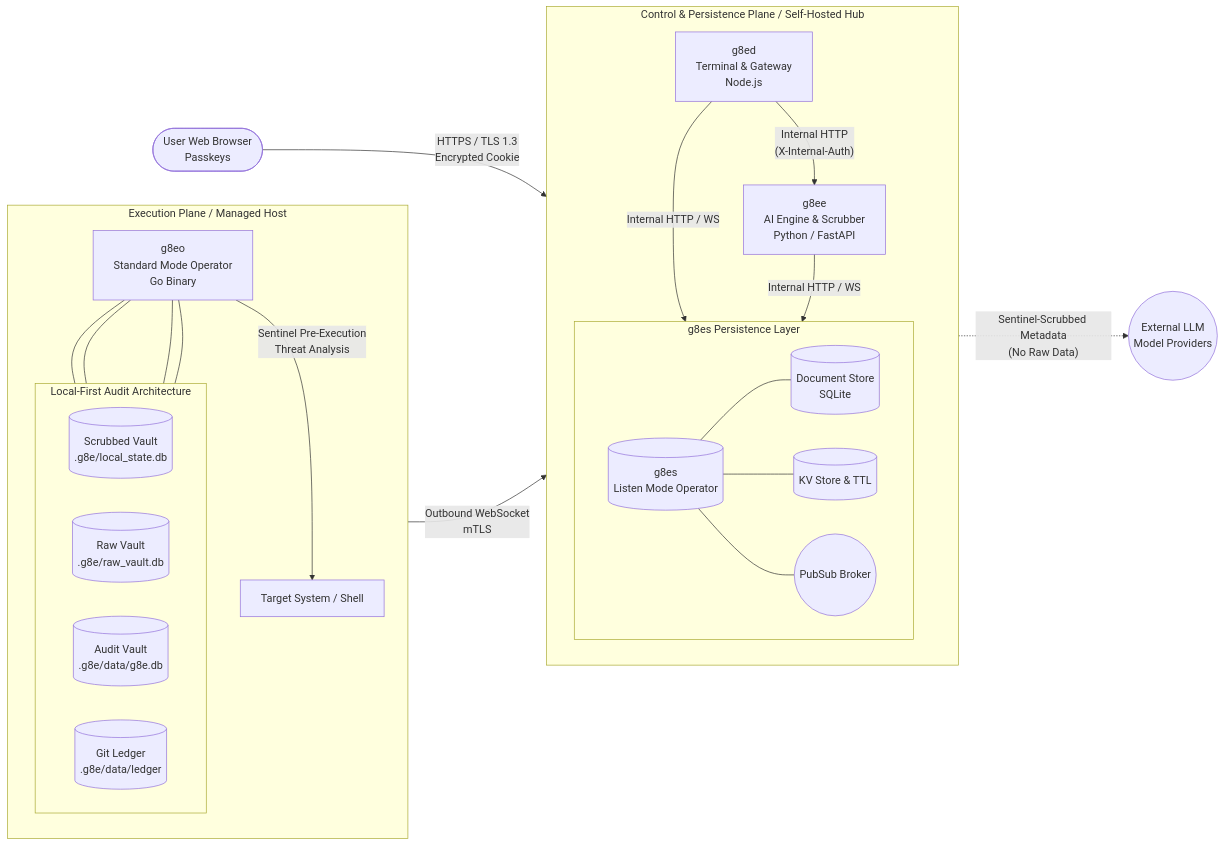
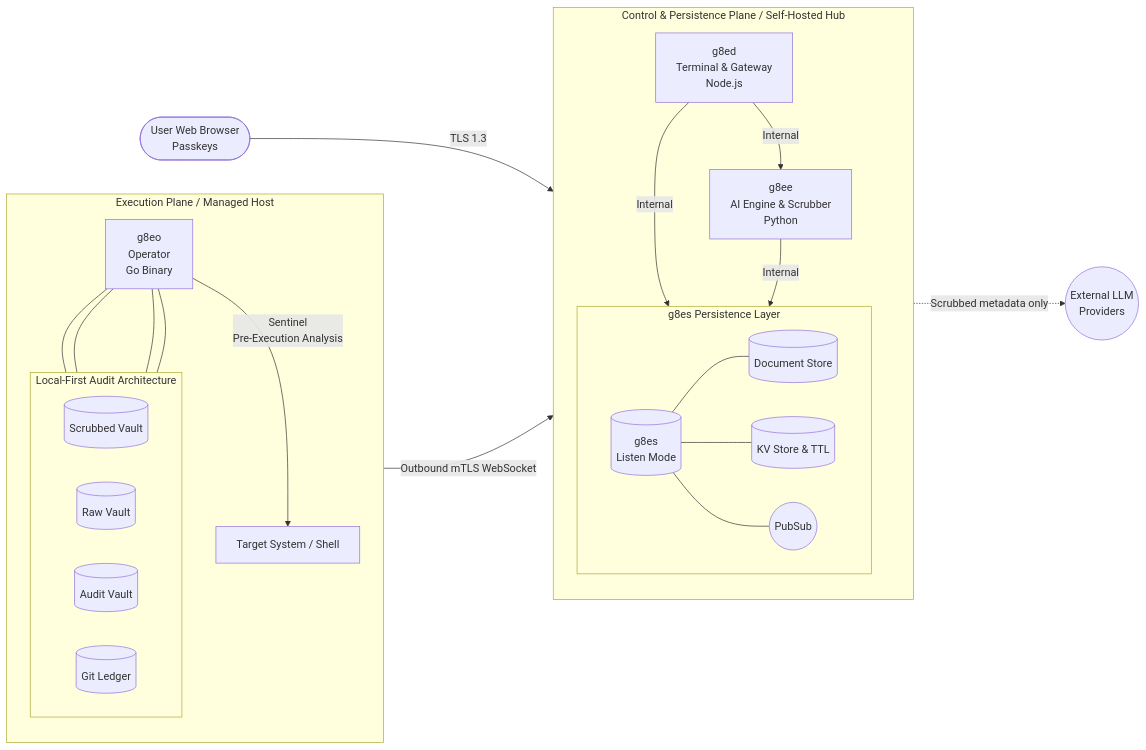
The second of 2 diagrams in README.md (g8e-ai/g8e), drawn with Mermaid before and after one commit. The commit also changed other lines of this file and 56 other files, not shown here.

````diff
--- a/README.md
+++ b/README.md
@@ -189,51 +103,48 @@
 ```mermaid
 flowchart LR
     Browser([User Web Browser<br>Passkeys])
 
     subgraph Exec_Plane [Execution Plane / Managed Host]
         direction TB
-        g8eo[g8eo<br>Standard Mode Operator<br>Go Binary]
-        
+        g8eo[g8eo<br>Operator<br>Go Binary]
+
         HostOS[Target System / Shell]
-        g8eo -- "Sentinel Pre-Execution<br>Threat Analysis" --> HostOS
+        g8eo -- "Sentinel<br>Pre-Execution Analysis" --> HostOS
 
         subgraph LFAA [Local-First Audit Architecture]
             direction LR
-            Scrubbed[(Scrubbed Vault<br>.g8e/local_state.db)]
-            Raw[(Raw Vault<br>.g8e/raw_vault.db)]
-            Audit[(Audit Vault<br>.g8e/data/g8e.db)]
-            Ledger[(Git Ledger<br>.g8e/data/ledger)]
+            Scrubbed[(Scrubbed Vault)]
+            Raw[(Raw Vault)]
+            Audit[(Audit Vault)]
+            Ledger[(Git Ledger)]
         end
-        
+
         g8eo --- Scrubbed & Raw & Audit & Ledger
     end
 
     subgraph Hub [Control & Persistence Plane / Self-Hosted Hub]
         direction TB
         g8ed[g8ed<br>Terminal & Gateway<br>Node.js]
-        g8ee[g8ee<br>AI Engine & Scrubber<br>Python / FastAPI]
-        
+        g8ee[g8ee<br>AI Engine & Scrubber<br>Python]
+
         subgraph Data_Layer [g8es Persistence Layer]
             direction LR
-            g8es[(g8es<br>Listen Mode Operator)]
-            DS[(Document Store<br>SQLite)]
+            g8es[(g8es<br>Listen Mode)]
+            DS[(Document Store)]
             KS[(KV Store & TTL)]
-            PS((PubSub Broker))
-            
+            PS((PubSub))
+
             g8es --- DS & KS & PS
         end
 
-        g8ed -- "Internal HTTP<br>(X-Internal-Auth)" --> g8ee
-        g8ed -- "Internal HTTP / WS" --> g8es
-        g8ee -- "Internal HTTP / WS" --> g8es
+        g8ed -- "Internal" --> g8ee
+        g8ed -- "Internal" --> g8es
+        g8ee -- "Internal" --> g8es
     end
 
-    LLM((External LLM<br>Model Providers))
+    LLM((External LLM<br>Providers))
 
-    %% Explicit Connections
-    Browser -- "HTTPS / TLS 1.3<br>Encrypted Cookie" --> g8ed
-    
-    g8eo -- "Outbound WebSocket<br>mTLS" --> g8ed
-    
-    g8ee -. "Sentinel-Scrubbed Metadata<br>(No Raw Data)" .-> LLM
+    Browser -- "TLS 1.3" --> g8ed
+    g8eo -- "Outbound mTLS WebSocket" --> g8ed
+    g8ee -. "Scrubbed metadata only" .-> LLM
 ```
````
